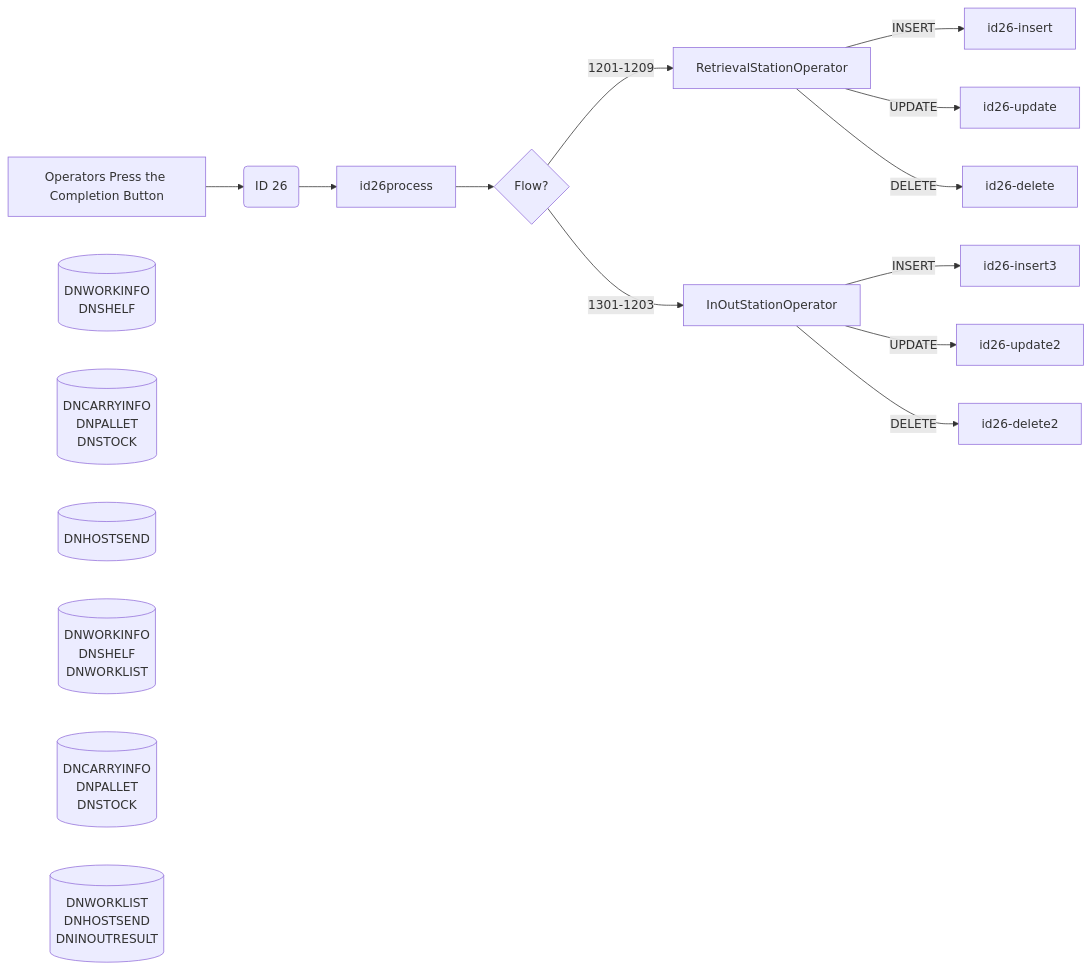
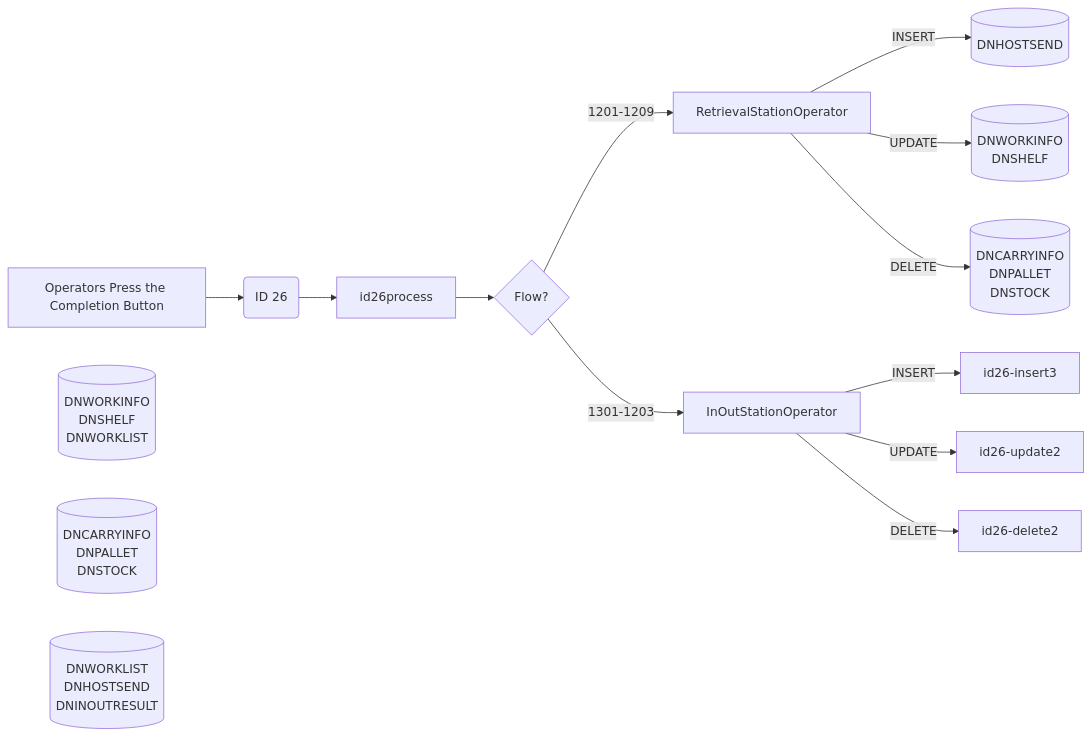
Before and after one commit to luthfiadityaa/SimeDarby-Wiki: diagram 19 of 19 in Basic-Design/DFD-WMS/Retrieval/Specific-Location-Retrieval-Setting.md, drawn with Mermaid.

Commit message:
Updated Specific Location Retrieval Setting

```diff
--- a/Basic-Design/DFD-WMS/Retrieval/Specific-Location-Retrieval-Setting.md
+++ b/Basic-Design/DFD-WMS/Retrieval/Specific-Location-Retrieval-Setting.md
@@ -834,62 +834,62 @@
 ::: mermaid
 flowchart LR
 
 buttonclicked["
 Operators Press the Completion Button
 "]
 
 id26msg("
 ID 26
 ")
 
 
 id26-updateRt[("
 DNWORKINFO
 DNSHELF
 ")]
 
 id26-deleteRt[("
 DNCARRYINFO
 DNPALLET
 DNSTOCK
 ")]
 
 id26-insertRt[("
 DNHOSTSEND
 ")]
 
 id26-updateIo[("
 DNWORKINFO
 DNSHELF
 DNWORKLIST
 ")]
 
 id26-deleteIo[("
 DNCARRYINFO
 DNPALLET
 DNSTOCK
 ")]
 
 id26-insertIo[("
 DNWORKLIST
 DNHOSTSEND
 DNINOUTRESULT
 ")]
 
 id26process[id26process]
 
 buttonclicked --> id26msg
 id26msg -->id26process-->Cond1{Flow?}
 
-RetrievalStationOperator--> |INSERT| id26-insert 
-RetrievalStationOperator--> |UPDATE| id26-update 
-RetrievalStationOperator--> |DELETE| id26-delete 
+RetrievalStationOperator--> |INSERT| id26-insertRt 
+RetrievalStationOperator--> |UPDATE| id26-updateRt 
+RetrievalStationOperator--> |DELETE| id26-deleteRt 
 
 Cond1{Flow?} --> |1201-1209| RetrievalStationOperator
 Cond1{Flow?} --> |1301-1203| InOutStationOperator
 
 InOutStationOperator --> |INSERT| id26-insert3
 InOutStationOperator --> |UPDATE| id26-update2
 InOutStationOperator --> |DELETE| id26-delete2
 
 :::
```
